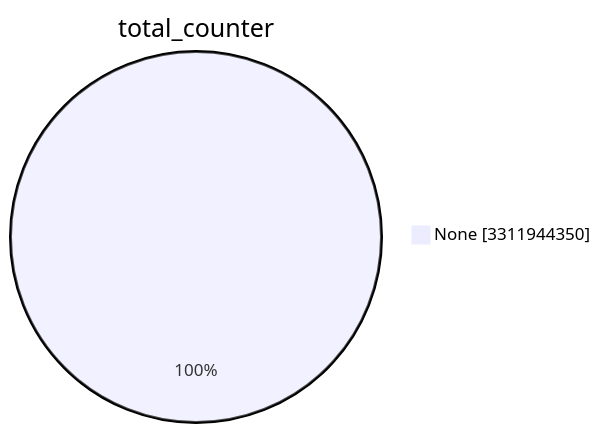
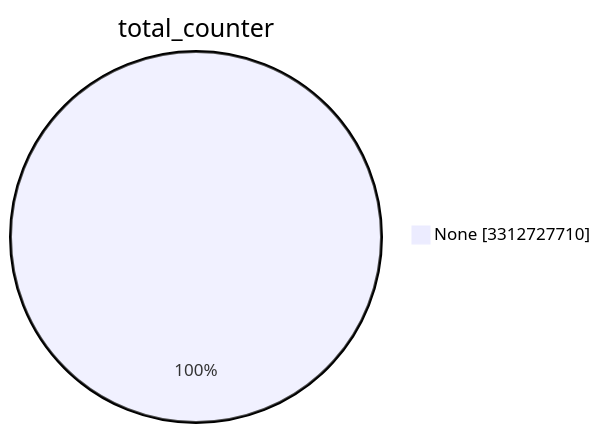
One commit to christiankrug/ctmonitor_visualization changed the first of 15 diagrams in TOTAL/README.md. Above: the diagram before and after it, drawn with Mermaid. The commit also changed other lines of this file, not shown here.

````diff
--- a/TOTAL/README.md
+++ b/TOTAL/README.md
@@ -1,5 +1,5 @@
 ```mermaid
 pie showData
 title total_counter
-"None" :3311944350
+"None" :3312727710
 ```
````
